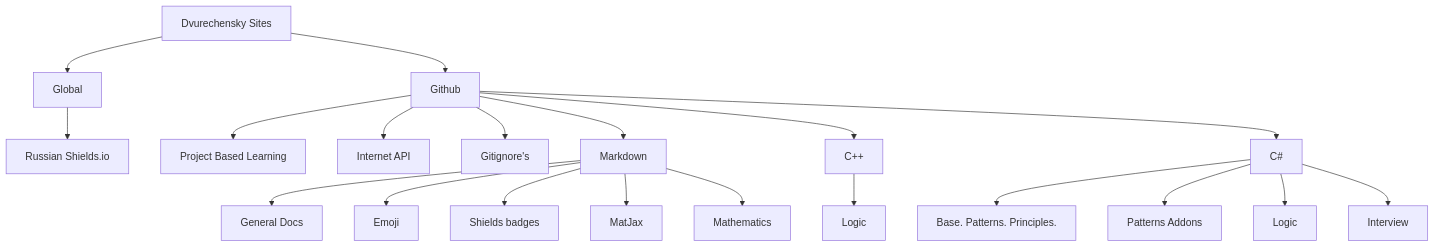
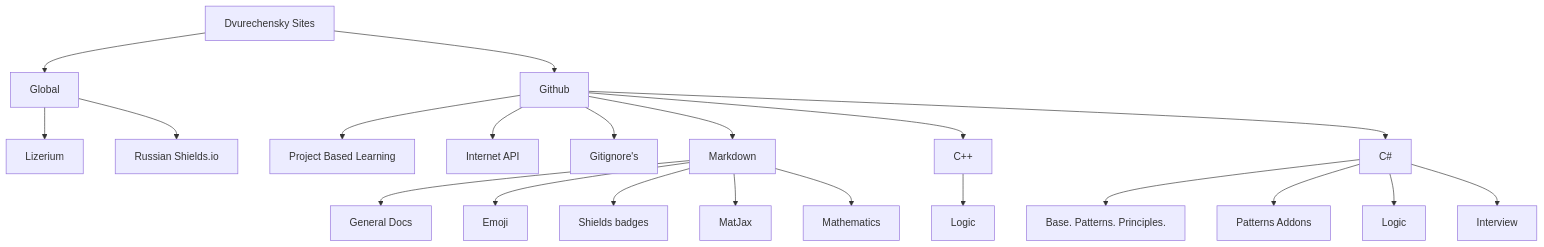
One commit to Dvurechensky/Dvurechensky changed the second of 2 diagrams in README.md. Above: the diagram before and after it, drawn with Mermaid. The commit also changed other lines of this file and 1 other file, not shown here.

````diff
--- a/README.md
+++ b/README.md
@@ -71,22 +71,23 @@
 ```mermaid
 graph TD
   A[Dvurechensky Sites] --> B[Global]
   A[Dvurechensky Sites] --> C[Github]
-  B --> E[Russian Shields.io]
+  B --> E[Lizerium]
+  B --> E1[Russian Shields.io]
   C --> R[Project Based Learning]
   C --> M[Internet API]
   C --> G[Gitignore's]
   C --> H[Markdown]
   C --> W[C++]
   W --> W1[Logic]
   C --> N[C#]
   N --> N1[Base. Patterns. Principles.]
   N --> N2[Patterns Addons]
   N --> N3[Logic]
   N --> N4[Interview]
   H --> K[General Docs]
   H --> L[Emoji]
   H --> Z[Shields badges]
   H --> X[MatJax]
   H --> V[Mathematics]
 ```
````
